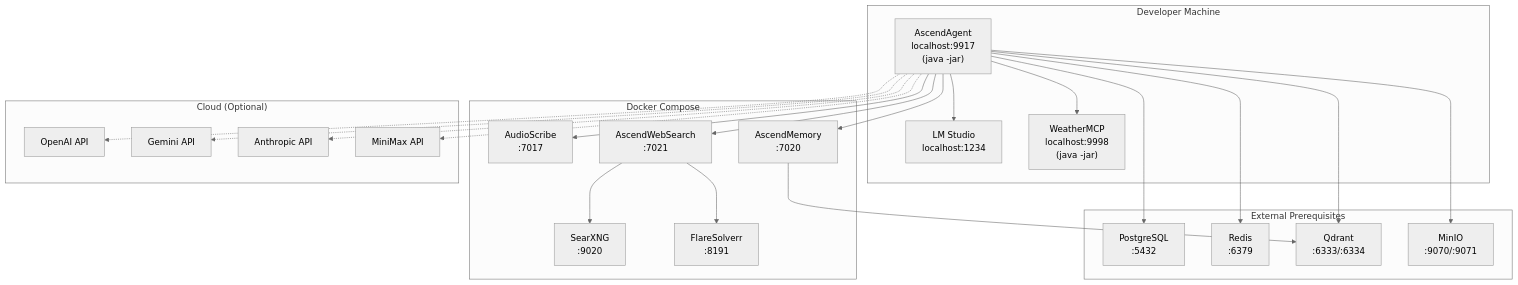
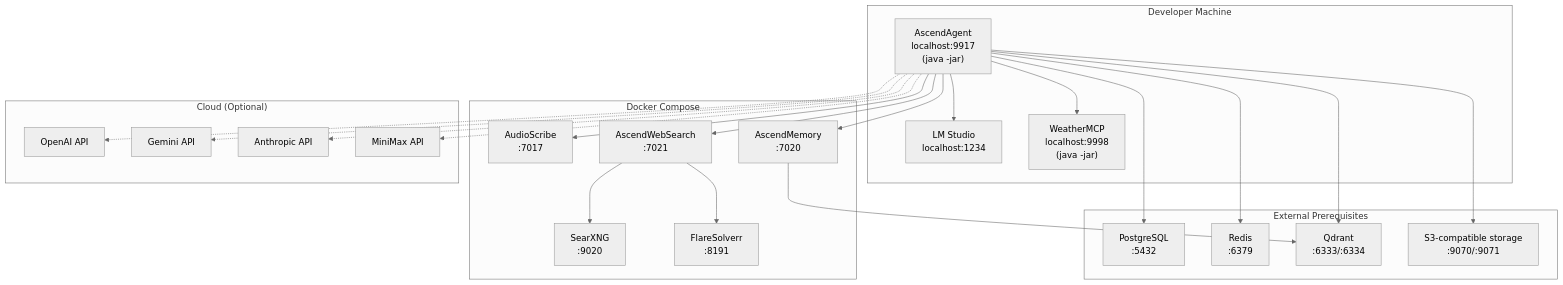
The diagram in AscendAgent/docs/architecture/diagrams/deployment-diagram.md (Lukk17/AscendAI), drawn with Mermaid (neutral theme) before and after one commit. The commit also changed other lines of this file and 207 other files, not shown here.

First line of the commit message:
feat(storage): replace MinIO with Floci as the local object store

````diff
--- a/AscendAgent/docs/architecture/diagrams/deployment-diagram.md
+++ b/AscendAgent/docs/architecture/diagrams/deployment-diagram.md
@@ -3,47 +3,47 @@
 ```mermaid
 graph TB
     subgraph "Developer Machine"
         LMStudio["LM Studio<br/>localhost:1234"]
         AscendAgent["AscendAgent<br/>localhost:9917<br/>(java -jar)"]
         Weather["WeatherMCP<br/>localhost:9998<br/>(java -jar)"]
     end
 
     subgraph "External Prerequisites"
         Postgres["PostgreSQL<br/>:5432"]
         Redis["Redis<br/>:6379"]
         Qdrant["Qdrant<br/>:6333/:6334"]
-        MinIO["MinIO<br/>:9070/:9071"]
+        S3["S3-compatible storage<br/>:9070/:9071"]
     end
 
     subgraph "Docker Compose"
         SearXNG["SearXNG<br/>:9020"]
         FlareSolverr["FlareSolverr<br/>:8191"]
         AudioScribe["AudioScribe<br/>:7017"]
         WebSearch["AscendWebSearch<br/>:7021"]
         Memory["AscendMemory<br/>:7020"]
     end
 
     subgraph "Cloud (Optional)"
         OpenAI["OpenAI API"]
         Gemini["Gemini API"]
         Anthropic["Anthropic API"]
         MiniMax["MiniMax API"]
     end
 
     AscendAgent --> LMStudio
     AscendAgent --> Postgres
     AscendAgent --> Redis
     AscendAgent --> Qdrant
-    AscendAgent --> MinIO
+    AscendAgent --> S3
     AscendAgent --> AudioScribe
     AscendAgent --> Weather
     AscendAgent --> WebSearch
     AscendAgent --> Memory
     AscendAgent -.-> OpenAI
     AscendAgent -.-> Gemini
     AscendAgent -.-> Anthropic
     AscendAgent -.-> MiniMax
     WebSearch --> SearXNG
     WebSearch --> FlareSolverr
     Memory --> Qdrant
 ```
````
